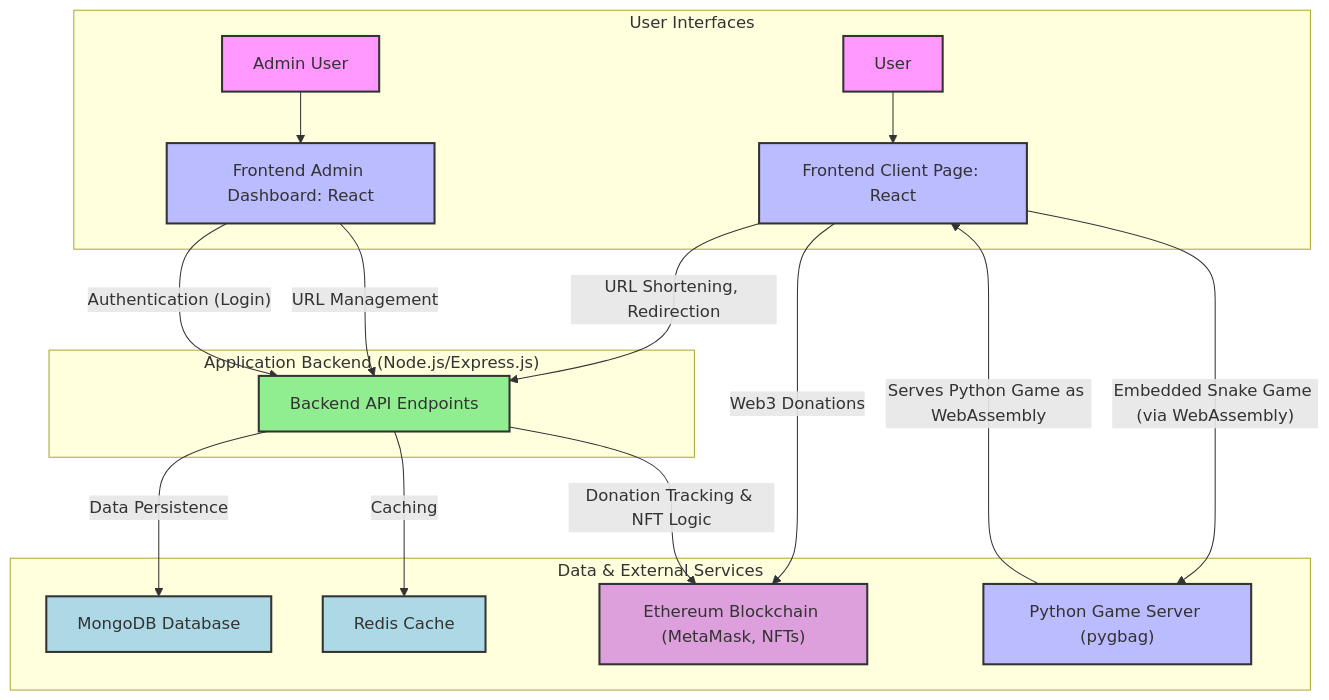
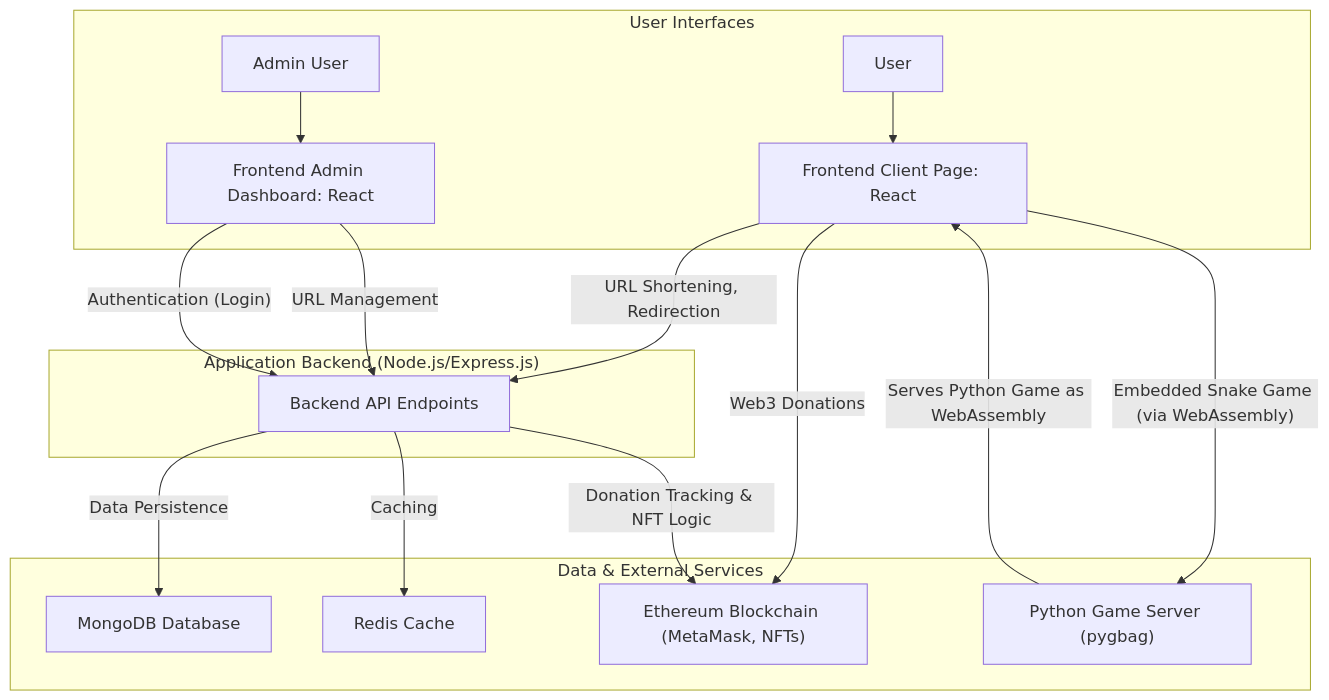
Before and after one commit to kaiyin5/URL-shortener: the diagram in README.md, drawn with Mermaid.

Commit message:
Update README.md model graph background

````diff
--- a/README.md
+++ b/README.md
@@ -7,41 +7,32 @@
 ```mermaid
 graph TD
     subgraph "User Interfaces"
         A[User] --> B["Frontend Client Page: React"]
         C[Admin User] --> D["Frontend Admin Dashboard: React"]
     end
 
     subgraph "Application Backend (Node.js/Express.js)"
         E[Backend API Endpoints]
     end
 
     subgraph "Data & External Services"
         F[MongoDB Database]
         G[Redis Cache]
         H["Ethereum Blockchain (MetaMask, NFTs)"]
         I["Python Game Server (pygbag)"]
     end
 
     B -->|" URL Shortening, Redirection"| E
     B -->|" Web3 Donations"| H
     B -->|" Embedded Snake Game (via WebAssembly)"| I
 
     D -->|" URL Management"| E
     D -->|" Authentication (Login)"| E
 
     E -->|" Data Persistence"| F
     E -->|" Caching"| G
     E -->|" Donation Tracking & NFT Logic"| H
 
     I -->|" Serves Python Game as WebAssembly"| B
 
-    style A fill:#f9f,stroke:#333,stroke-width:2px
-    style C fill:#f9f,stroke:#333,stroke-width:2px
-    style B fill:#bbf,stroke:#333,stroke-width:2px
-    style D fill:#bbf,stroke:#333,stroke-width:2px
-    style E fill:#90EE90,stroke:#333,stroke-width:2px
-    style F fill:#ADD8E6,stroke:#333,stroke-width:2px
-    style G fill:#ADD8E6,stroke:#333,stroke-width:2px
-    style H fill:#DDA0DD,stroke:#333,stroke-width:2px
-    style I fill:#bbf,stroke:#333,stroke-width:2px
 ```
````
